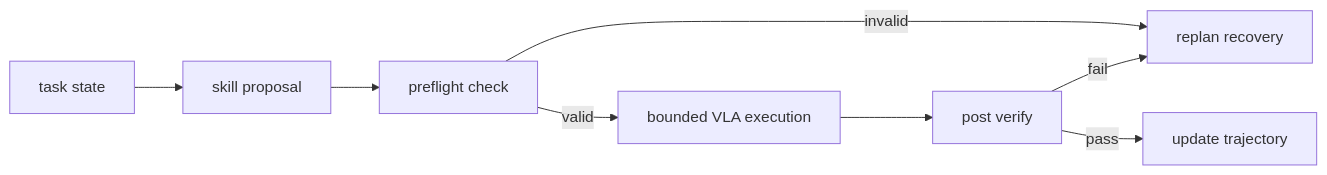
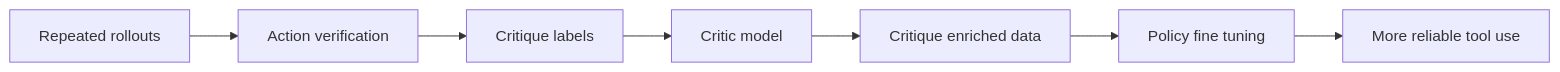
Before and after one commit to Solvement/jarvis-digest: the first of 18 diagrams in digests/2026-09-02.md, drawn with Mermaid. The commit also changed other lines of this file and 4 other files, not shown here.

````diff
--- a/digests/2026-09-02.md
+++ b/digests/2026-09-02.md
@@ -30,10 +30,9 @@
 ```mermaid
 graph LR
-A[task state] --> B[skill proposal]
-B --> C[preflight check]
-C -->|valid| D[bounded VLA execution]
-C -->|invalid| E[replan recovery]
-D --> F[post verify]
-F -->|fail| E
-F -->|pass| G[update trajectory]
+A[Repeated rollouts] --> B[Action verification]
+B --> C[Critique labels]
+C --> D[Critic model]
+D --> E[Critique enriched data]
+E --> F[Policy fine tuning]
+F --> G[More reliable tool use]
 ```
````
